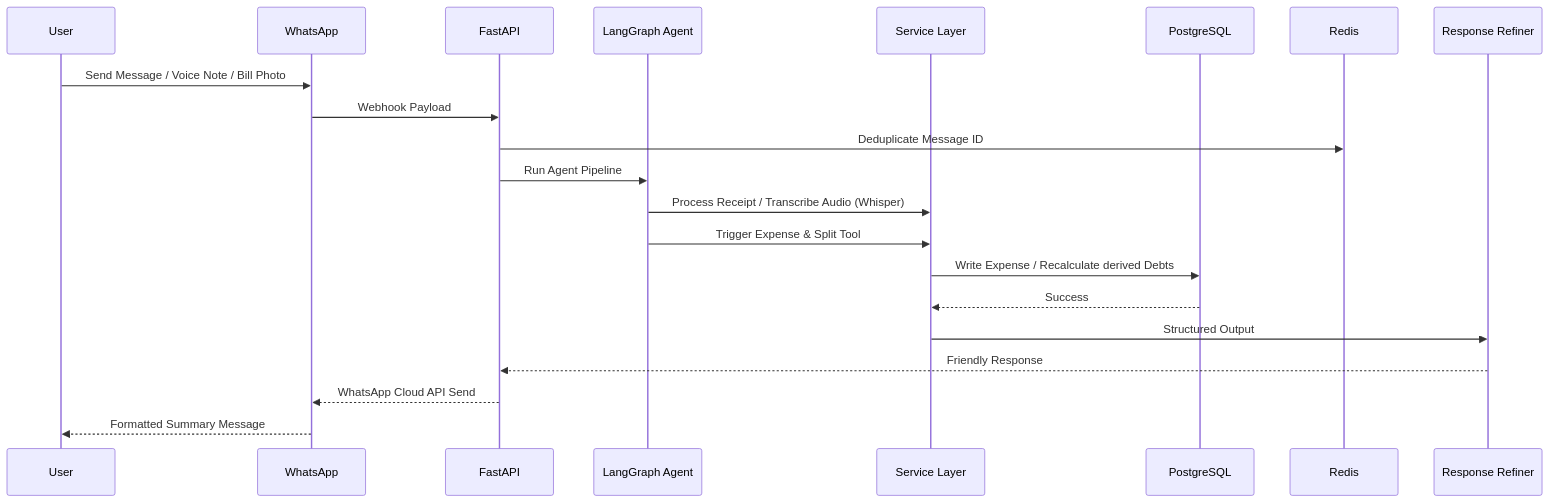
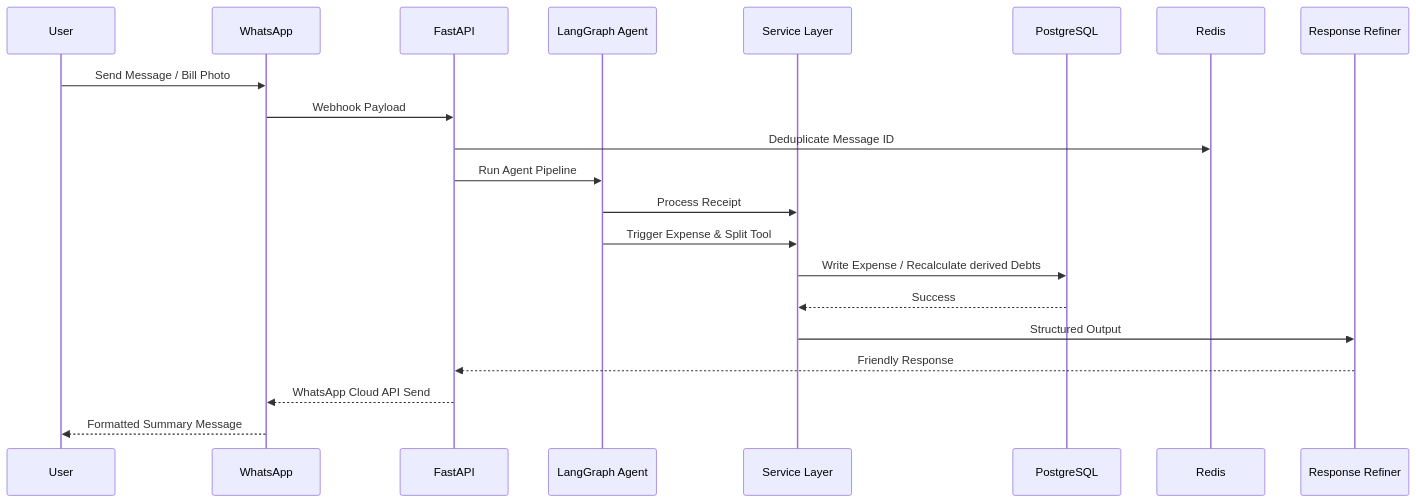
One commit to Samiksha-Lohia/KharchaSaathi changed the third of 3 diagrams in README.md. Above: the diagram before and after it, drawn with Mermaid. The commit also changed other lines of this file, not shown here.

````diff
--- a/README.md
+++ b/README.md
@@ -131,25 +113,25 @@
 ```mermaid
 sequenceDiagram
 
 participant U as User
 participant W as WhatsApp
 participant API as FastAPI
 participant P as LangGraph Agent
 participant S as Service Layer
 participant DB as PostgreSQL
 participant R as Redis
 participant F as Response Refiner
 
-U->>W: Send Message / Voice Note / Bill Photo
+U->>W: Send Message / Bill Photo
 W->>API: Webhook Payload
 API->>R: Deduplicate Message ID
 API->>P: Run Agent Pipeline
-P->>S: Process Receipt / Transcribe Audio (Whisper)
+P->>S: Process Receipt
 P->>S: Trigger Expense & Split Tool
 S->>DB: Write Expense / Recalculate derived Debts
 DB-->>S: Success
 S->>F: Structured Output
 F-->>API: Friendly Response
 API-->>W: WhatsApp Cloud API Send
 W-->>U: Formatted Summary Message
 ```
````
